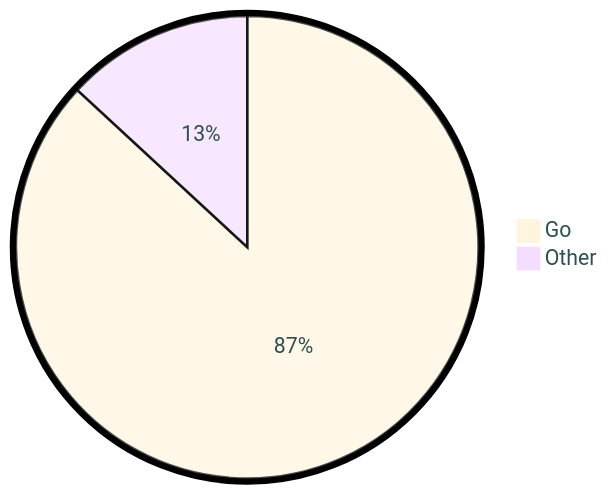
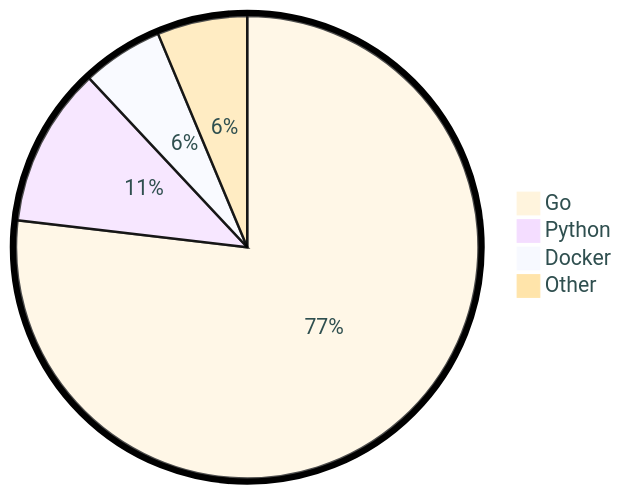
One commit to tot0p/tot0p changed the diagram in README.md. Above: the diagram before and after it, drawn with Mermaid. The commit also changed other lines of this file, not shown here.

````diff
--- a/README.md
+++ b/README.md
@@ -78,6 +78,8 @@
 ```mermaid
 %%{init: {"pie": {"textPosition": 0.5}, "themeVariables": {"pieOuterStrokeWidth": "5px","primaryTextColor" : "#2F4F4F"},"theme":"base"} }%%
 pie
-	"Go": 86.87
-	"Other": 13.120000000000001
+	"Go": 76.86
+	"Python": 11.17
+	"Docker": 5.67
+	"Other": 6.300000000000001
 ```
````
